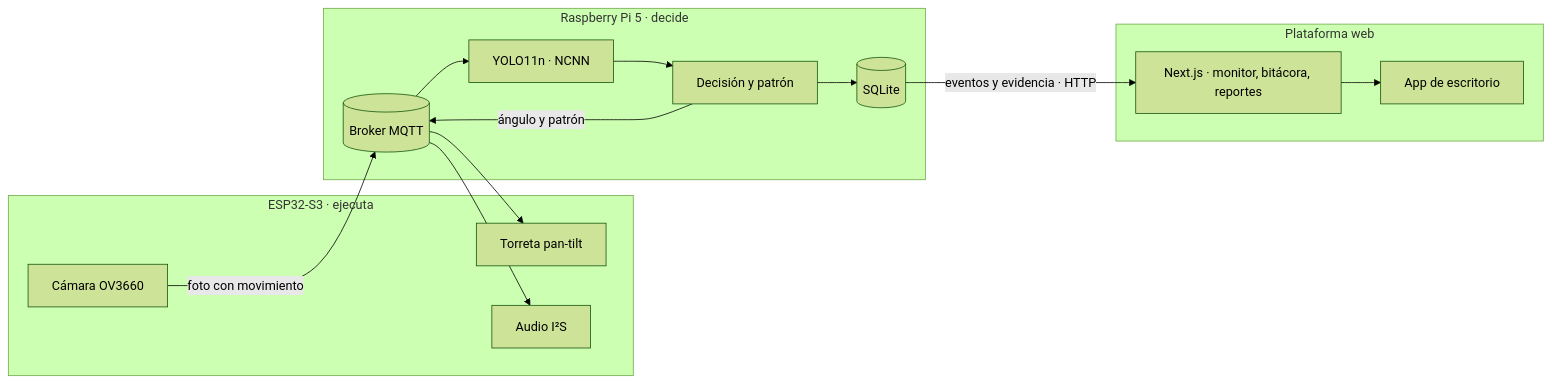
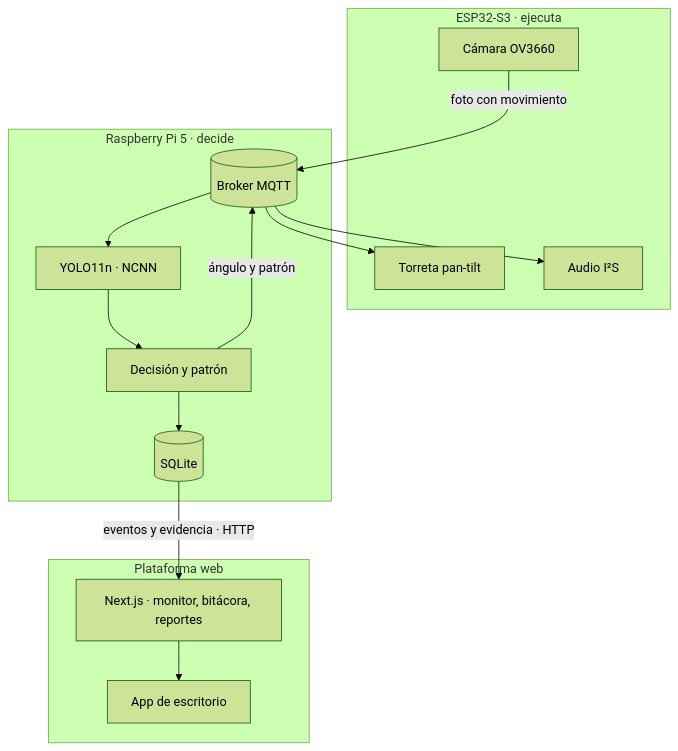
The diagram in README.md (AngelMunguia000/Centinel-AURIS-System), drawn with Mermaid (forest theme) before and after one commit.

Commit message:
Diagrama vertical para que se lea

````diff
--- a/README.md
+++ b/README.md
@@ -38,21 +38,21 @@
 ```mermaid
-flowchart LR
+flowchart TB
     subgraph N2["ESP32-S3 · ejecuta"]
         CAM[Cámara OV3660]
         TOR[Torreta pan-tilt]
         AUD[Audio I²S]
     end
     subgraph N1["Raspberry Pi 5 · decide"]
         MQ[(Broker MQTT)]
         VIS[YOLO11n · NCNN]
         DEC[Decisión y patrón]
         DB[(SQLite)]
     end
     subgraph N3["Plataforma web"]
         WEB[Next.js · monitor, bitácora, reportes]
         APP[App de escritorio]
     end
     CAM -- foto con movimiento --> MQ --> VIS --> DEC
     DEC -- ángulo y patrón --> MQ --> TOR & AUD
     DEC --> DB -- eventos y evidencia · HTTP --> WEB --> APP
 ```
````
